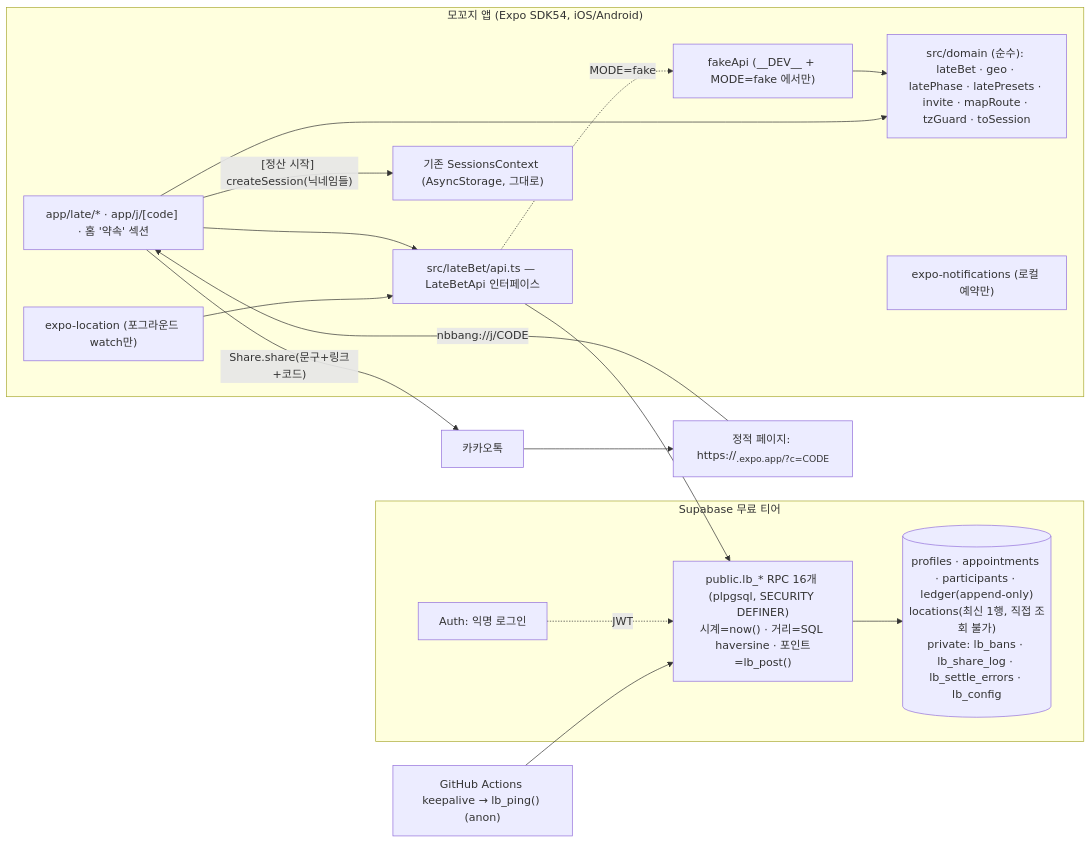
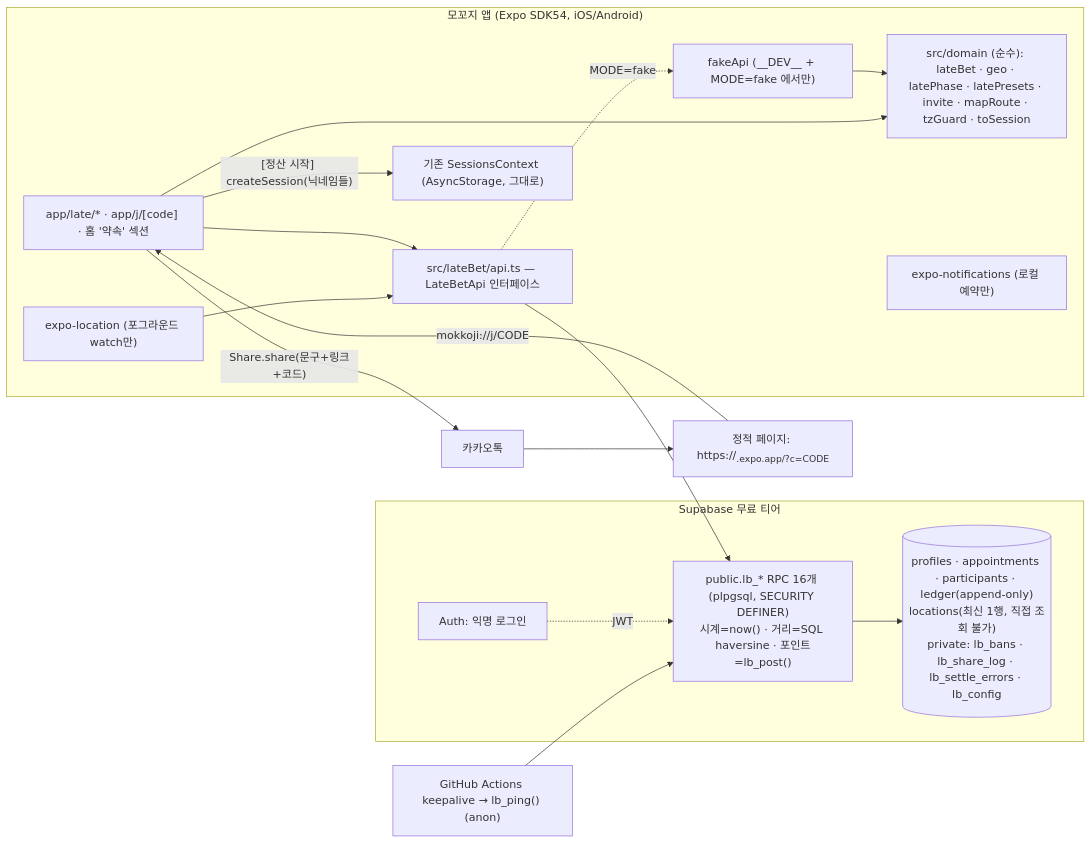
One commit to Min-heee/mokkoji changed the first of 2 diagrams in docs/appointment-bet-design.md. Above: the diagram before and after it, drawn with Mermaid. The commit also changed other lines of this file and 18 other files, not shown here.

````diff
--- a/docs/appointment-bet-design.md
+++ b/docs/appointment-bet-design.md
@@ -146,29 +146,29 @@
 ```mermaid
 flowchart LR
   subgraph App["모꼬지 앱 (Expo SDK54, iOS/Android)"]
     UI["app/late/* · app/j/[code] · 홈 '약속' 섹션"]
     DOM["src/domain (순수): lateBet · geo · latePhase · latePresets · invite · mapRoute · tzGuard · toSession"]
     API["src/lateBet/api.ts — LateBetApi 인터페이스"]
     FAKE["fakeApi (__DEV__ + MODE=fake 에서만)"]
     LOC["expo-location (포그라운드 watch만)"]
     NOTI["expo-notifications (로컬 예약만)"]
     SESS["기존 SessionsContext (AsyncStorage, 그대로)"]
   end
   subgraph SB["Supabase 무료 티어"]
     AUTH["Auth: 익명 로그인"]
     RPC["public.lb_* RPC 16개 (plpgsql, SECURITY DEFINER)\n시계=now() · 거리=SQL haversine · 포인트=lb_post()"]
     TBL[("profiles · appointments · participants · ledger(append-only)\nlocations(최신 1행, 직접 조회 불가)\nprivate: lb_bans · lb_share_log · lb_settle_errors · lb_config")]
   end
   LAND["정적 페이지: https://<sub>.expo.app/?c=CODE"]
   KAKAO["카카오톡"]
   GHA["GitHub Actions keepalive → lb_ping() (anon)"]
 
   UI --> API --> RPC --> TBL
   API -. MODE=fake .-> FAKE --> DOM
   UI --> DOM
   LOC --> API
   AUTH -. JWT .-> RPC
   GHA --> RPC
-  UI -- "Share.share(문구+링크+코드)" --> KAKAO --> LAND -- "nbbang://j/CODE" --> UI
+  UI -- "Share.share(문구+링크+코드)" --> KAKAO --> LAND -- "mokkoji://j/CODE" --> UI
   UI -- "[정산 시작] createSession(닉네임들)" --> SESS
 ```
````
